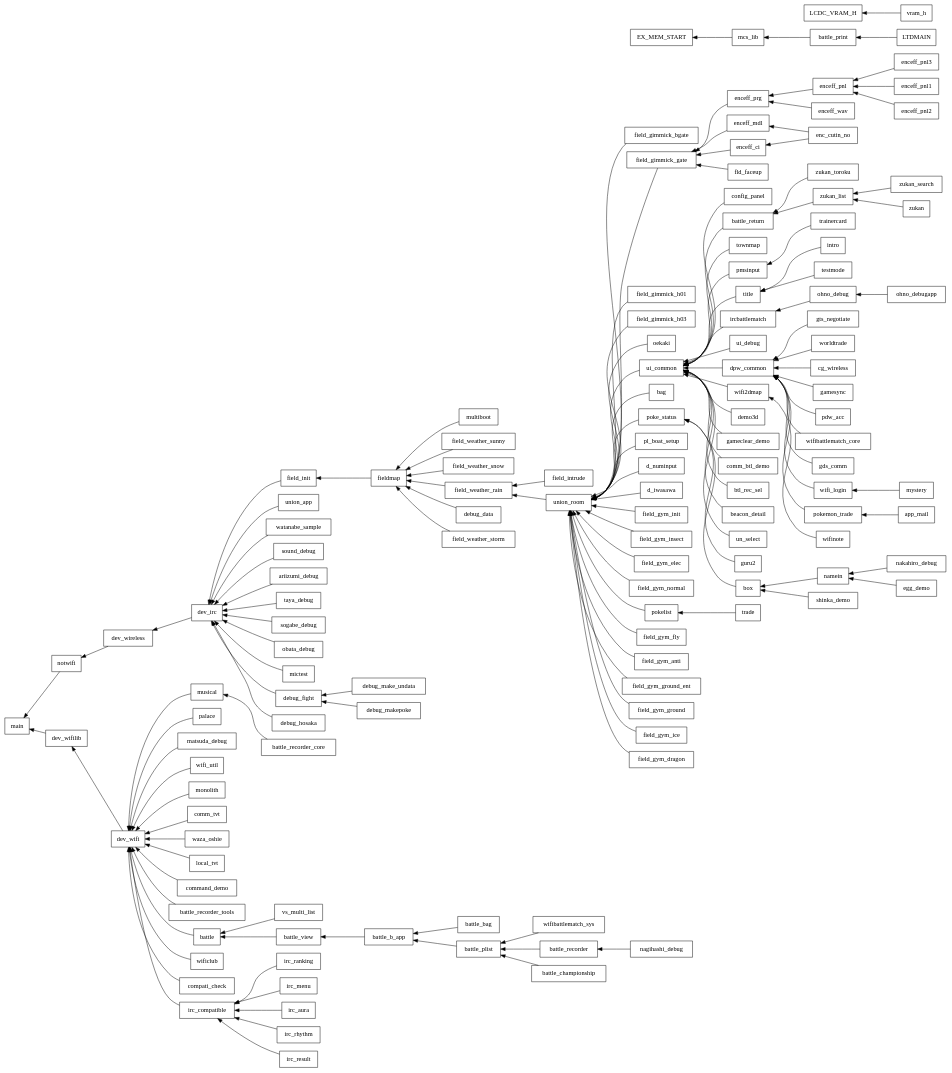
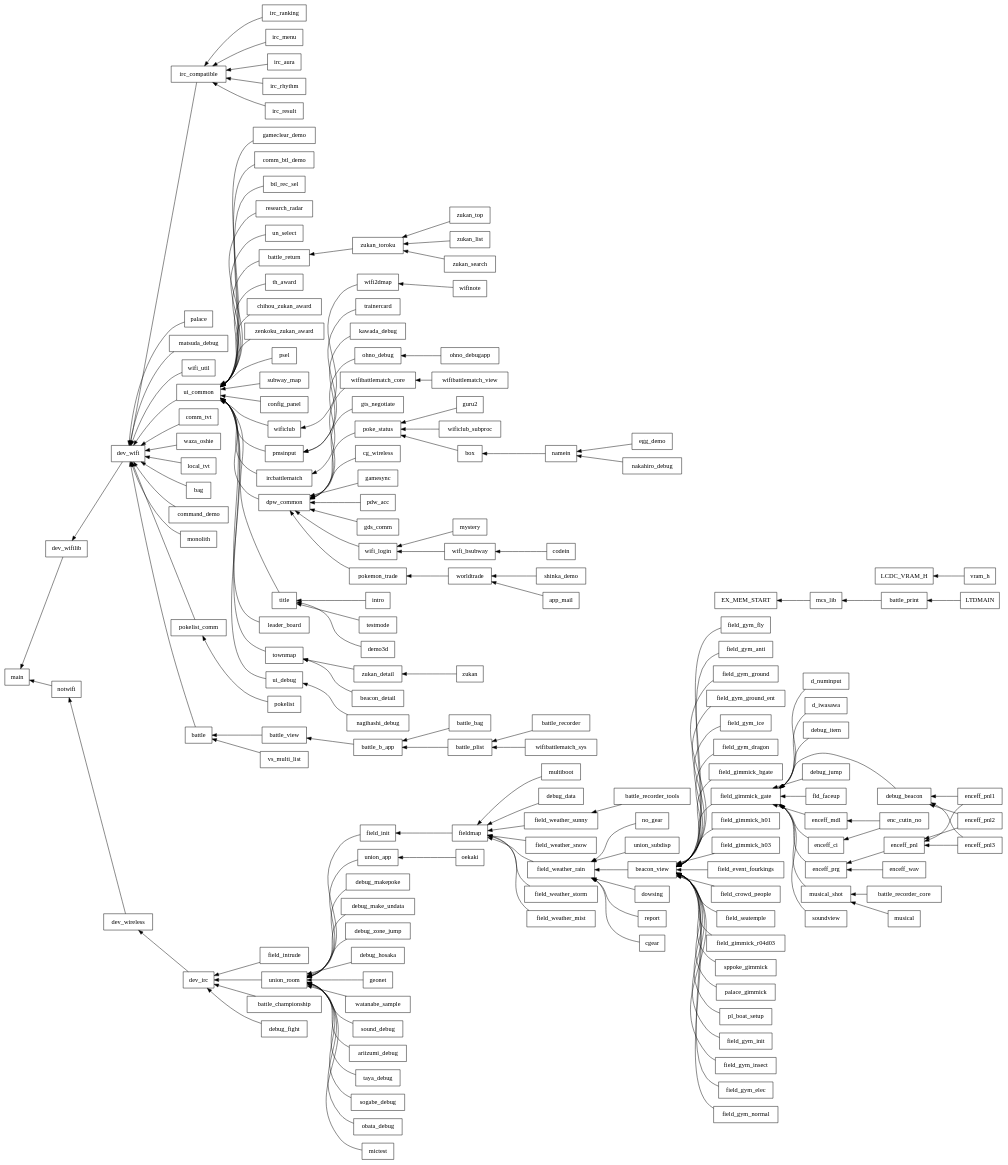
Before and after one commit to e-minence/black_white: the diagram in tools/analyze/overlaymap/overlaymap.dot, drawn with Graphviz. The commit also changed 81 other files, not shown here.

```diff
--- a/tools/analyze/overlaymap/overlaymap.dot
+++ b/tools/analyze/overlaymap/overlaymap.dot
@@ -1,141 +1,177 @@
 
 digraph G {
 	graph [rankdir = RL];
 	node [shape = box];
 	dev_wifilib->main;
 	notwifi->main;
 	dev_wifi->dev_wifilib;
 	dev_wireless->notwifi;
 	dev_irc->dev_wireless;
-	field_init->dev_irc;
-	union_app->dev_irc;
-	watanabe_sample->dev_irc;
-	sound_debug->dev_irc;
-	ariizumi_debug->dev_irc;
-	taya_debug->dev_irc;
-	sogabe_debug->dev_irc;
-	obata_debug->dev_irc;
-	mictest->dev_irc;
+	field_intrude->dev_irc;
+	union_room->dev_irc;
+	battle_championship->dev_irc;
 	debug_fight->dev_irc;
-	debug_hosaka->dev_irc;
+	watanabe_sample->union_room;
+	sound_debug->union_room;
+	ariizumi_debug->union_room;
+	taya_debug->union_room;
+	sogabe_debug->union_room;
+	obata_debug->union_room;
+	mictest->union_room;
+	field_init->union_room;
+	union_app->union_room;
+	debug_makepoke->union_room;
+	debug_make_undata->union_room;
+	debug_zone_jump->union_room;
+	debug_hosaka->union_room;
+	geonet->union_room;
 	fieldmap->field_init;
-	debug_make_undata->debug_fight;
-	debug_makepoke->debug_fight;
+	oekaki->union_app;
+	field_weather_rain->fieldmap;
+	field_weather_storm->fieldmap;
+	field_weather_mist->fieldmap;
 	multiboot->fieldmap;
+	debug_data->fieldmap;
 	field_weather_sunny->fieldmap;
 	field_weather_snow->fieldmap;
-	field_weather_rain->fieldmap;
-	debug_data->fieldmap;
-	field_weather_storm->fieldmap;
-	musical->dev_wifi;
-	palace->dev_wifi;
-	matsuda_debug->dev_wifi;
 	wifi_util->dev_wifi;
-	monolith->dev_wifi;
+	ui_common->dev_wifi;
 	comm_tvt->dev_wifi;
 	waza_oshie->dev_wifi;
 	local_tvt->dev_wifi;
+	bag->dev_wifi;
 	command_demo->dev_wifi;
-	battle_recorder_tools->dev_wifi;
+	monolith->dev_wifi;
+	pokelist_comm->dev_wifi;
 	battle->dev_wifi;
-	wificlub->dev_wifi;
-	compati_check->dev_wifi;
 	irc_compatible->dev_wifi;
-	battle_recorder_core->musical;
+	palace->dev_wifi;
+	matsuda_debug->dev_wifi;
+	config_panel->ui_common;
+	wificlub->ui_common;
+	pmsinput->ui_common;
+	ircbattlematch->ui_common;
+	dpw_common->ui_common;
+	title->ui_common;
+	leader_board->ui_common;
+	townmap->ui_common;
+	ui_debug->ui_common;
+	gameclear_demo->ui_common;
+	comm_btl_demo->ui_common;
+	btl_rec_sel->ui_common;
+	research_radar->ui_common;
+	un_select->ui_common;
+	battle_return->ui_common;
+	th_award->ui_common;
+	chihou_zukan_award->ui_common;
+	zenkoku_zukan_award->ui_common;
+	psel->ui_common;
+	subway_map->ui_common;
+	pokelist->pokelist_comm;
 	vs_multi_list->battle;
 	battle_view->battle;
-	irc_ranking->irc_compatible;
 	irc_menu->irc_compatible;
 	irc_aura->irc_compatible;
 	irc_rhythm->irc_compatible;
 	irc_result->irc_compatible;
-	field_intrude->field_weather_rain;
-	union_room->field_weather_rain;
-	field_gimmick_bgate->union_room;
-	field_gimmick_gate->union_room;
-	field_gimmick_h01->union_room;
-	field_gimmick_h03->union_room;
-	oekaki->union_room;
-	ui_common->union_room;
-	bag->union_room;
-	poke_status->union_room;
-	pl_boat_setup->union_room;
-	d_numinput->union_room;
-	d_iwasawa->union_room;
-	field_gym_init->union_room;
-	field_gym_insect->union_room;
-	field_gym_elec->union_room;
-	field_gym_normal->union_room;
-	pokelist->union_room;
-	field_gym_fly->union_room;
-	field_gym_anti->union_room;
-	field_gym_ground_ent->union_room;
-	field_gym_ground->union_room;
-	field_gym_ice->union_room;
-	field_gym_dragon->union_room;
+	irc_ranking->irc_compatible;
+	wifi2dmap->wificlub;
+	trainercard->pmsinput;
+	kawada_debug->pmsinput;
+	ohno_debug->ircbattlematch;
+	cg_wireless->dpw_common;
+	gamesync->dpw_common;
+	pdw_acc->dpw_common;
+	gds_comm->dpw_common;
+	wifi_login->dpw_common;
+	pokemon_trade->dpw_common;
+	wifibattlematch_core->dpw_common;
+	gts_negotiate->dpw_common;
+	poke_status->dpw_common;
+	intro->title;
+	testmode->title;
+	demo3d->title;
+	zukan_detail->townmap;
+	beacon_detail->townmap;
+	nagihashi_debug->ui_debug;
+	zukan_toroku->battle_return;
+	zukan_search->zukan_toroku;
+	zukan_top->zukan_toroku;
+	zukan_list->zukan_toroku;
+	ohno_debugapp->ohno_debug;
+	zukan->zukan_detail;
+	wifinote->wifi2dmap;
+	wifi_bsubway->wifi_login;
+	mystery->wifi_login;
+	worldtrade->pokemon_trade;
+	wifibattlematch_view->wifibattlematch_core;
+	guru2->poke_status;
+	wificlub_subproc->poke_status;
+	box->poke_status;
+	codein->wifi_bsubway;
+	namein->box;
+	beacon_view->field_weather_rain;
+	dowsing->field_weather_rain;
+	report->field_weather_rain;
+	cgear->field_weather_rain;
+	no_gear->field_weather_rain;
+	union_subdisp->field_weather_rain;
+	battle_recorder_tools->field_weather_sunny;
+	field_gym_fly->beacon_view;
+	field_gym_anti->beacon_view;
+	field_gym_ground->beacon_view;
+	field_gym_ground_ent->beacon_view;
+	field_gym_ice->beacon_view;
+	field_gym_dragon->beacon_view;
+	field_gimmick_bgate->beacon_view;
+	field_gimmick_gate->beacon_view;
+	field_gimmick_h01->beacon_view;
+	field_gimmick_h03->beacon_view;
+	field_event_fourkings->beacon_view;
+	field_crowd_people->beacon_view;
+	field_seatemple->beacon_view;
+	field_gimmick_r04d03->beacon_view;
+	sppoke_gimmick->beacon_view;
+	palace_gimmick->beacon_view;
+	pl_boat_setup->beacon_view;
+	field_gym_init->beacon_view;
+	field_gym_insect->beacon_view;
+	field_gym_elec->beacon_view;
+	field_gym_normal->beacon_view;
+	shinka_demo->worldtrade;
+	app_mail->worldtrade;
+	d_numinput->field_gimmick_gate;
+	d_iwasawa->field_gimmick_gate;
+	debug_item->field_gimmick_gate;
+	debug_beacon->field_gimmick_gate;
+	debug_jump->field_gimmick_gate;
+	fld_faceup->field_gimmick_gate;
+	enceff_ci->field_gimmick_gate;
 	enceff_prg->field_gimmick_gate;
 	enceff_mdl->field_gimmick_gate;
-	fld_faceup->field_gimmick_gate;
-	enceff_ci->field_gimmick_gate;
-	config_panel->ui_common;
-	battle_return->ui_common;
-	townmap->ui_common;
-	pmsinput->ui_common;
-	title->ui_common;
-	ircbattlematch->ui_common;
-	ui_debug->ui_common;
-	dpw_common->ui_common;
-	wifi2dmap->ui_common;
-	demo3d->ui_common;
-	gameclear_demo->ui_common;
-	comm_btl_demo->ui_common;
-	btl_rec_sel->ui_common;
-	beacon_detail->ui_common;
-	un_select->ui_common;
-	guru2->poke_status;
-	box->poke_status;
-	trade->pokelist;
+	musical_shot->field_gimmick_gate;
+	soundview->field_gimmick_gate;
+	enceff_pnl1->debug_beacon;
+	enceff_pnl2->debug_beacon;
+	enceff_pnl3->debug_beacon;
+	enc_cutin_no->enceff_ci;
 	enceff_pnl->enceff_prg;
 	enceff_wav->enceff_prg;
 	enc_cutin_no->enceff_mdl;
-	enc_cutin_no->enceff_ci;
-	enceff_pnl3->enceff_pnl;
+	battle_recorder_core->musical_shot;
+	musical->musical_shot;
 	enceff_pnl1->enceff_pnl;
 	enceff_pnl2->enceff_pnl;
-	zukan_toroku->battle_return;
-	zukan_list->battle_return;
-	trainercard->pmsinput;
-	intro->title;
-	testmode->title;
-	ohno_debug->ircbattlematch;
-	gts_negotiate->dpw_common;
-	worldtrade->dpw_common;
-	cg_wireless->dpw_common;
-	gamesync->dpw_common;
-	pdw_acc->dpw_common;
-	wifibattlematch_core->dpw_common;
-	gds_comm->dpw_common;
-	wifi_login->dpw_common;
-	pokemon_trade->dpw_common;
-	wifinote->wifi2dmap;
-	zukan_search->zukan_list;
-	zukan->zukan_list;
-	ohno_debugapp->ohno_debug;
-	namein->box;
-	shinka_demo->box;
+	enceff_pnl3->enceff_pnl;
+	battle_b_app->battle_view;
 	nakahiro_debug->namein;
 	egg_demo->namein;
-	mystery->wifi_login;
-	app_mail->pokemon_trade;
-	battle_b_app->battle_view;
+	battle_plist->battle_b_app;
 	battle_bag->battle_b_app;
-	battle_plist->battle_b_app;
 	wifibattlematch_sys->battle_plist;
 	battle_recorder->battle_plist;
-	battle_championship->battle_plist;
-	nagihashi_debug->battle_recorder;
 	mcs_lib->EX_MEM_START;
 	battle_print->mcs_lib;
 	LTDMAIN->battle_print;
 	vram_h->LCDC_VRAM_H;
 }
```
